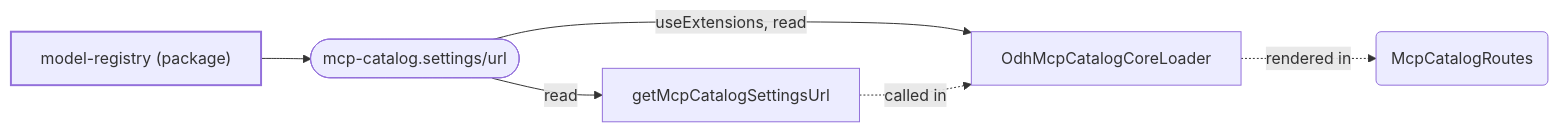
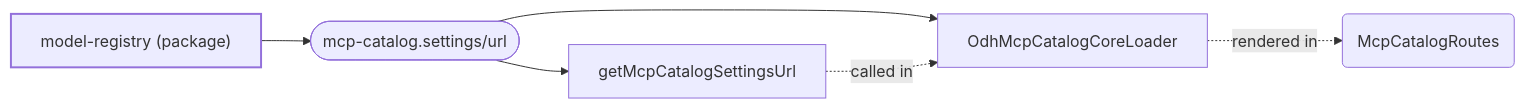
One commit to mturley/odh-dashboard changed the second of 10 diagrams in packages/model-registry/docs/extensions.md. Above: the diagram before and after it, drawn with Mermaid. The commit also changed other lines of this file and 28 other files, not shown here.

````diff
--- a/packages/model-registry/docs/extensions.md
+++ b/packages/model-registry/docs/extensions.md
@@ -75,15 +187,15 @@
 ```mermaid
 flowchart LR
   classDef pkg stroke-width:2px
   classDef point stroke-width:1px
   n_pkg__odh_dashboard_model_registry_1fc815["model-registry (package)"]:::pkg
   n_mcp_catalog_settings_url_2e25fe(["mcp-catalog.settings/url"]):::point
   n_pkg__odh_dashboard_model_registry_1fc815 --> n_mcp_catalog_settings_url_2e25fe
   n_symbol_packages_model_registry_upstream_frontend_src_odh_components_OdhMcpCatalogCoreLoader_tsx_OdhMcpCatalogCoreLoader_2d2018["OdhMcpCatalogCoreLoader"]
-  n_mcp_catalog_settings_url_2e25fe -- "useExtensions, read" --> n_symbol_packages_model_registry_upstream_frontend_src_odh_components_OdhMcpCatalogCoreLoader_tsx_OdhMcpCatalogCoreLoader_2d2018
+  n_mcp_catalog_settings_url_2e25fe --> n_symbol_packages_model_registry_upstream_frontend_src_odh_components_OdhMcpCatalogCoreLoader_tsx_OdhMcpCatalogCoreLoader_2d2018
   n_symbol_packages_model_registry_upstream_frontend_src_odh_components_OdhMcpCatalogCoreLoader_tsx_getMcpCatalogSettingsUrl_a739bd["getMcpCatalogSettingsUrl"]
-  n_mcp_catalog_settings_url_2e25fe -- "read" --> n_symbol_packages_model_registry_upstream_frontend_src_odh_components_OdhMcpCatalogCoreLoader_tsx_getMcpCatalogSettingsUrl_a739bd
+  n_mcp_catalog_settings_url_2e25fe --> n_symbol_packages_model_registry_upstream_frontend_src_odh_components_OdhMcpCatalogCoreLoader_tsx_getMcpCatalogSettingsUrl_a739bd
   n_symbol_packages_model_registry_upstream_frontend_src_app_pages_mcpCatalog_McpCatalogRoutes_tsx_McpCatalogRoutes_71c3a2("McpCatalogRoutes")
   n_symbol_packages_model_registry_upstream_frontend_src_odh_components_OdhMcpCatalogCoreLoader_tsx_OdhMcpCatalogCoreLoader_2d2018 -. "rendered in" .-> n_symbol_packages_model_registry_upstream_frontend_src_app_pages_mcpCatalog_McpCatalogRoutes_tsx_McpCatalogRoutes_71c3a2
   n_symbol_packages_model_registry_upstream_frontend_src_odh_components_OdhMcpCatalogCoreLoader_tsx_getMcpCatalogSettingsUrl_a739bd -. "called in" .-> n_symbol_packages_model_registry_upstream_frontend_src_odh_components_OdhMcpCatalogCoreLoader_tsx_OdhMcpCatalogCoreLoader_2d2018
 ```
````
